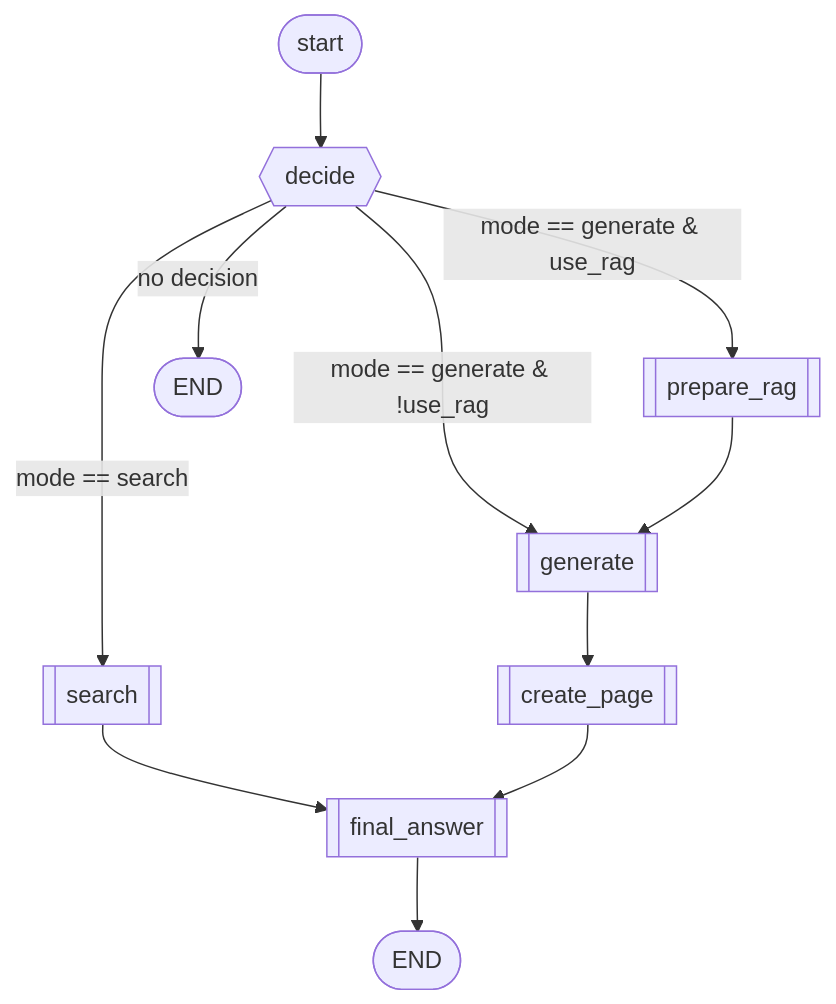
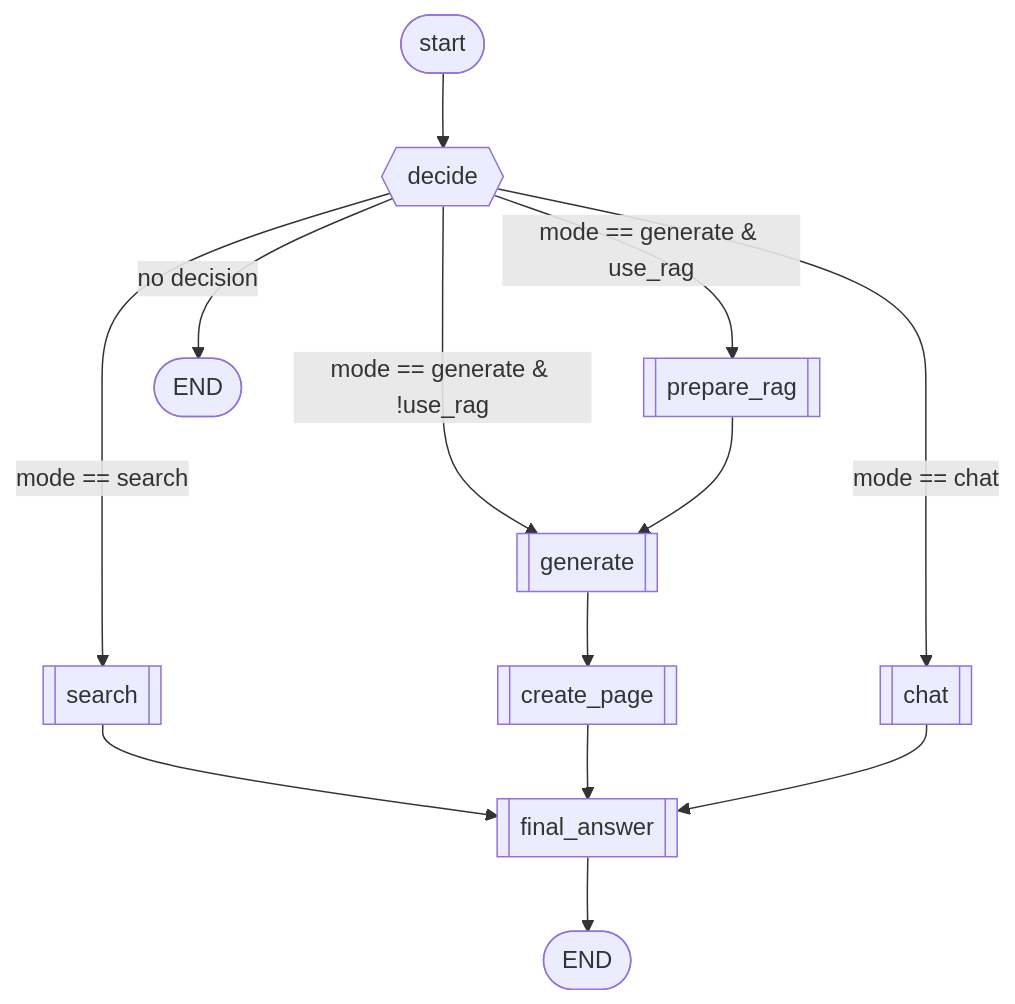
The diagram in backend/ai_module/LANGGRAPH.md (kwoncoda/Arcana), drawn with Mermaid before and after one commit. The commit also changed other lines of this file and 8 other files, not shown here.

````diff
--- a/backend/ai_module/LANGGRAPH.md
+++ b/backend/ai_module/LANGGRAPH.md
@@ -42,16 +45,18 @@
 ```mermaid
 flowchart TD
     start([start]) --> decide{{decide}};
     decide -->|mode == search| search[[search]];
     decide -->|mode == generate & use_rag| prepare_rag[[prepare_rag]];
     decide -->|mode == generate & !use_rag| generate[[generate]];
+    decide -->|mode == chat| chat[[chat]];
     decide -->|no decision| end1([END]);
 
     prepare_rag --> generate;
     generate --> create_page[[create_page]];
 
     search --> final_answer[[final_answer]];
     create_page --> final_answer;
+    chat --> final_answer;
 
     final_answer --> end2([END]);
 ```
````
